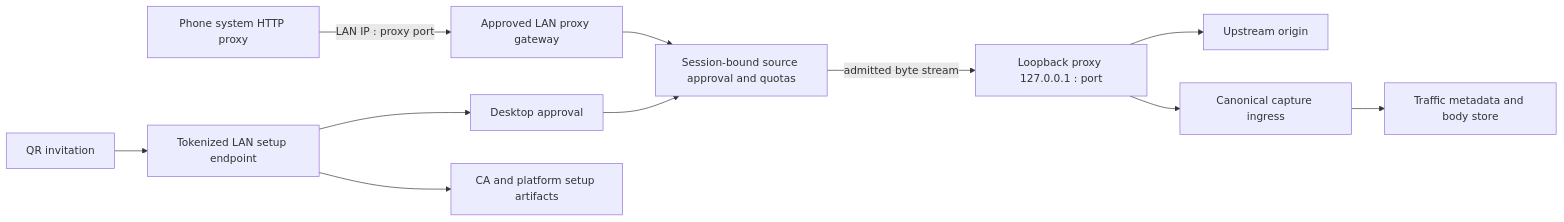
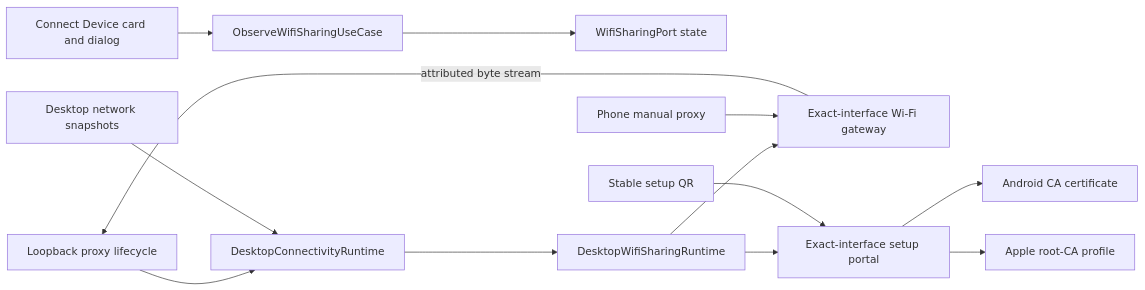
Before and after one commit to devuloopers/KNet: the diagram in docs/wifi_connectivity_implementation_plan.md, drawn with Mermaid. The commit also changed other lines of this file and 271 other files, not shown here.

Commit message:
Fixed wifi support issues for proxy, migrated to scalable architecture for code editor and removed authorization feature for wifi

````diff
--- a/docs/wifi_connectivity_implementation_plan.md
+++ b/docs/wifi_connectivity_implementation_plan.md
@@ -138,14 +69,17 @@
 ```mermaid
 flowchart LR
-    Phone["Phone system HTTP proxy"] -->|"LAN IP : proxy port"| Gateway["Approved LAN proxy gateway"]
-    Gateway --> Policy["Session-bound source approval and quotas"]
-    Policy -->|"admitted byte stream"| Internal["Loopback proxy 127.0.0.1 : port"]
-    Internal --> Origin["Upstream origin"]
-    Internal --> Capture["Canonical capture ingress"]
-    Capture --> Store["Traffic metadata and body store"]
+    UI["Connect Device card and dialog"] --> Observe["ObserveWifiSharingUseCase"]
+    Observe --> Port["WifiSharingPort state"]
 
-    QR["QR invitation"] --> Portal["Tokenized LAN setup endpoint"]
-    Portal --> Approval["Desktop approval"]
-    Approval --> Policy
-    Portal --> Artifacts["CA and platform setup artifacts"]
+    Proxy["Loopback proxy lifecycle"] --> Context["DesktopConnectivityRuntime"]
+    Network["Desktop network snapshots"] --> Context
+    Context --> Runtime["DesktopWifiSharingRuntime"]
+    Runtime --> Gateway["Exact-interface Wi-Fi gateway"]
+    Runtime --> Portal["Exact-interface setup portal"]
+    Gateway -->|"attributed byte stream"| Proxy
+
+    Phone["Phone manual proxy"] --> Gateway
+    QR["Stable setup QR"] --> Portal
+    Portal --> Android["Android CA certificate"]
+    Portal --> Apple["Apple root-CA profile"]
 ```
````
